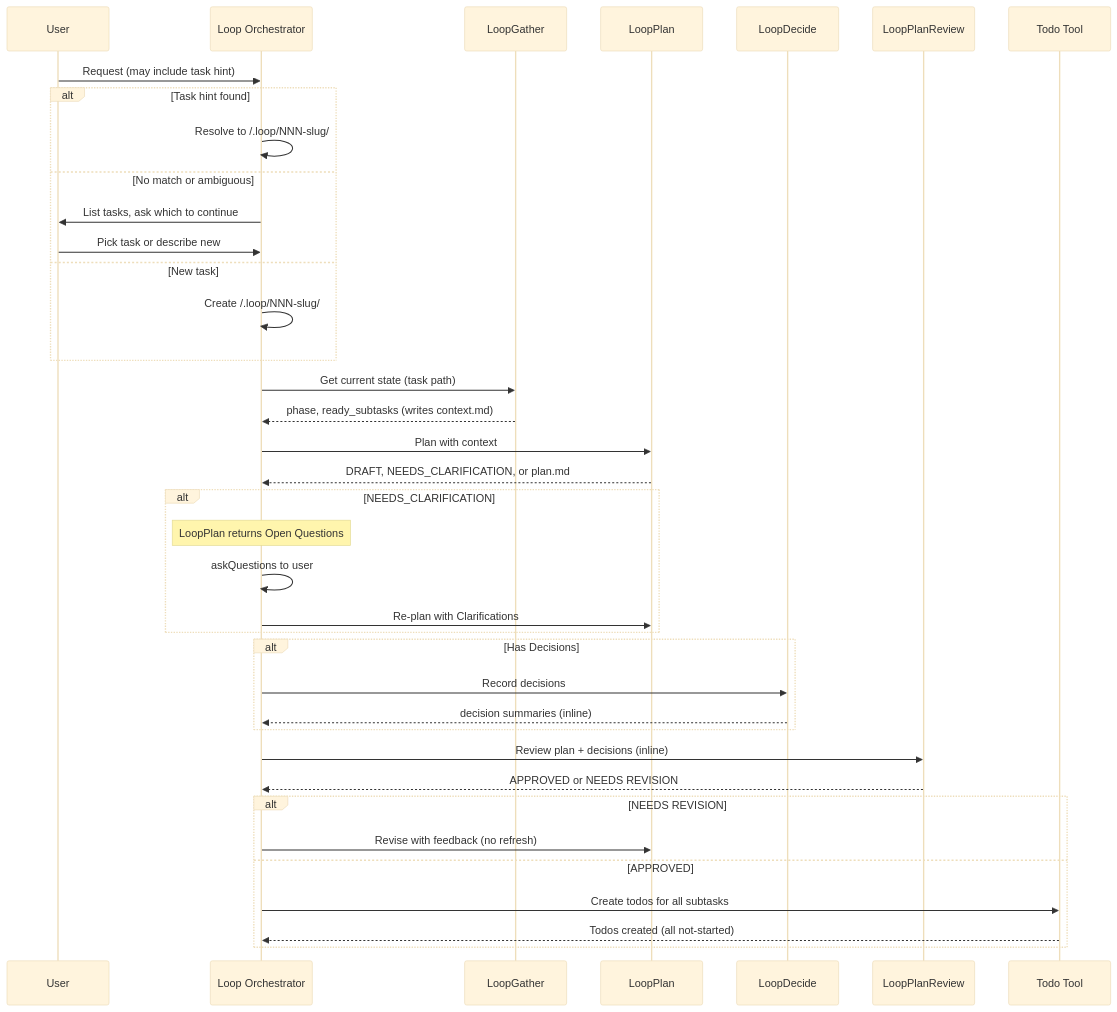
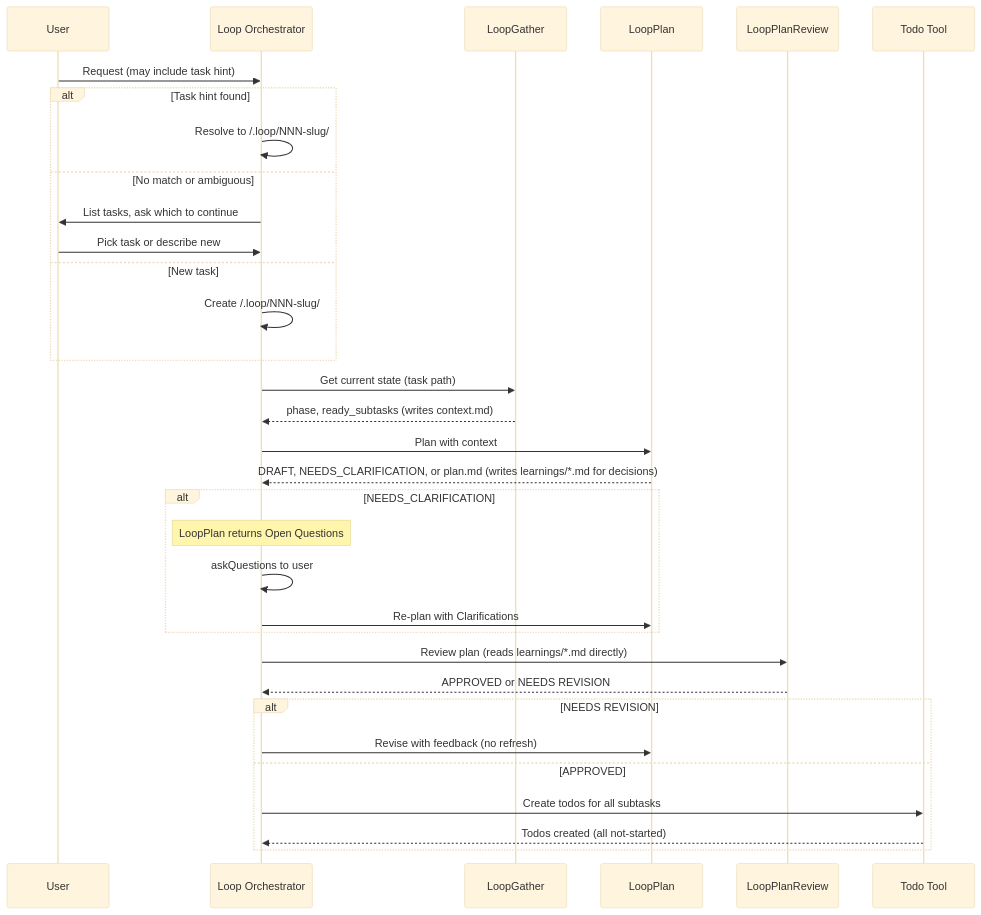
Before and after one commit to digitarald/loop-agent: the second of 4 diagrams in README.md, drawn with Mermaid (base theme). The commit also changed other lines of this file and 10 other files, not shown here.

Commit message:
Refactor agent prompts: remove decide phase, enhance review/plan/implement instructions

````diff
--- a/README.md
+++ b/README.md
@@ -103,48 +102,42 @@
 ```mermaid
 sequenceDiagram
     participant User
     participant Orch as Loop Orchestrator
     participant LoopGather
     participant LoopPlan
-    participant LoopDecide
     participant LoopPlanReview
     participant Todo as Todo Tool
     
     User->>Orch: Request (may include task hint)
     
     alt Task hint found
         Orch->>Orch: Resolve to /.loop/NNN-slug/
     else No match or ambiguous
         Orch->>User: List tasks, ask which to continue
         User->>Orch: Pick task or describe new
     else New task
         Orch->>Orch: Create /.loop/NNN-slug/
     end
     
     Orch->>LoopGather: Get current state (task path)
     LoopGather-->>Orch: phase, ready_subtasks (writes context.md)
     
     Orch->>LoopPlan: Plan with context
-    LoopPlan-->>Orch: DRAFT, NEEDS_CLARIFICATION, or plan.md
+    LoopPlan-->>Orch: DRAFT, NEEDS_CLARIFICATION, or plan.md (writes learnings/*.md for decisions)
     
     alt NEEDS_CLARIFICATION
         Note over Orch: LoopPlan returns Open Questions
         Orch->>Orch: askQuestions to user
         Orch->>LoopPlan: Re-plan with Clarifications
     end
     
-    alt Has Decisions
-        Orch->>LoopDecide: Record decisions
-        LoopDecide-->>Orch: decision summaries (inline)
-    end
-    
-    Orch->>LoopPlanReview: Review plan + decisions (inline)
+    Orch->>LoopPlanReview: Review plan (reads learnings/*.md directly)
     LoopPlanReview-->>Orch: APPROVED or NEEDS REVISION
     
     alt NEEDS REVISION
         Orch->>LoopPlan: Revise with feedback (no refresh)
     else APPROVED
         Orch->>Todo: Create todos for all subtasks
         Todo-->>Orch: Todos created (all not-started)
     end
 ```
````
